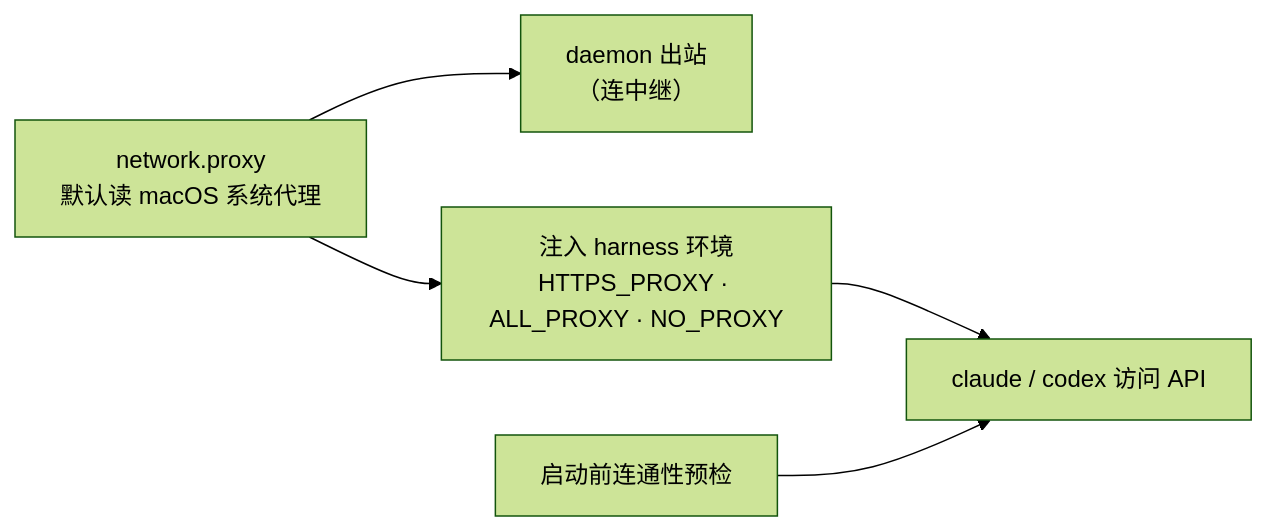
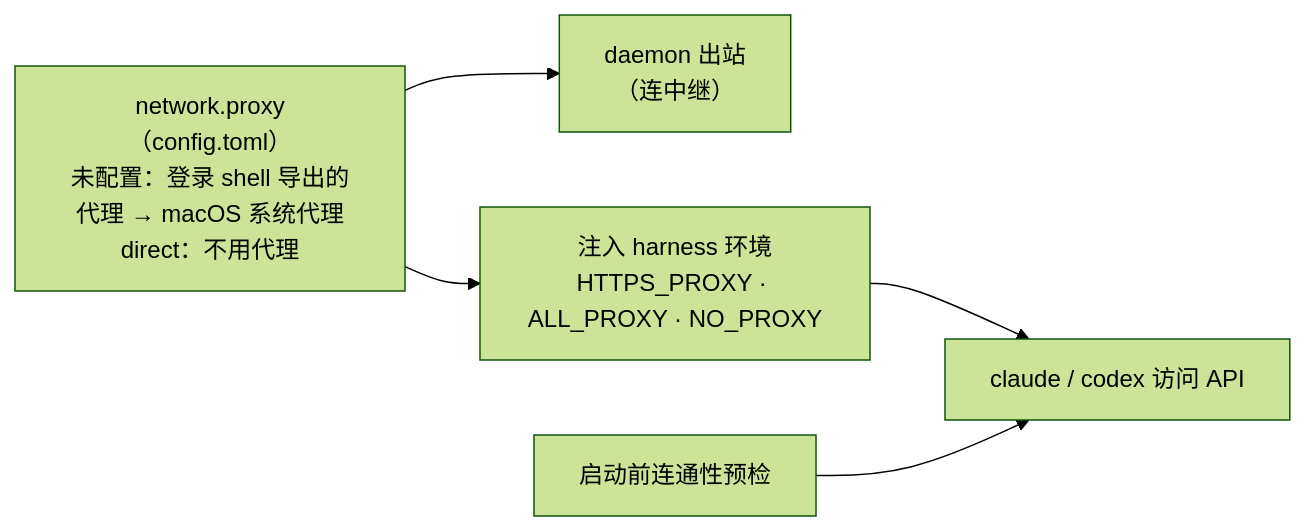
The third of 3 diagrams in docs/design/0006-connectivity-security.md (yangflow/hoplet), drawn with Mermaid (forest theme) before and after one commit. The commit also changed 46 other files, not shown here.

````diff
--- a/docs/design/0006-connectivity-security.md
+++ b/docs/design/0006-connectivity-security.md
@@ -56,7 +56,7 @@
 ```mermaid
 flowchart LR
-    Cfg["network.proxy<br/>默认读 macOS 系统代理"] --> D["daemon 出站<br/>（连中继）"]
+    Cfg["network.proxy（config.toml）<br/>未配置：登录 shell 导出的代理 → macOS 系统代理<br/>direct：不用代理"] --> D["daemon 出站<br/>（连中继）"]
     Cfg --> Env["注入 harness 环境<br/>HTTPS_PROXY · ALL_PROXY · NO_PROXY"]
     Env --> H["claude / codex 访问 API"]
     Pre["启动前连通性预检"] --> H
 ```
````
